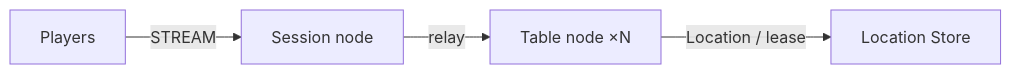
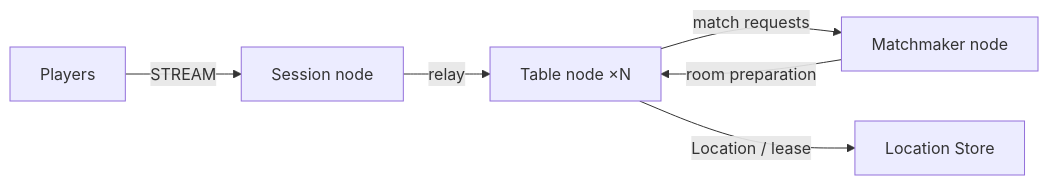
The diagram in framework/languages/java/templates/java/board-tables/my-game/README.md (zlink-systems/zlink), drawn with Mermaid before and after one commit. The commit also changed other lines of this file and 49 other files, not shown here.

First line of the commit message:
feat(templates): Java board-tables에 Matchmaker node(Pool Spot) 매칭, Framework 0.33.0 (#5417)

````diff
--- a/framework/languages/java/templates/java/board-tables/my-game/README.md
+++ b/framework/languages/java/templates/java/board-tables/my-game/README.md
@@ -5,6 +5,8 @@
 ```mermaid
 flowchart LR
   players[Players] -->|STREAM| session[Session node]
   session -->|relay| tables[Table node ×N]
+  tables -->|match requests| matchmaker[Matchmaker node]
+  matchmaker -->|room preparation| tables
   tables -->|Location / lease| location[Location Store]
 ```
````
